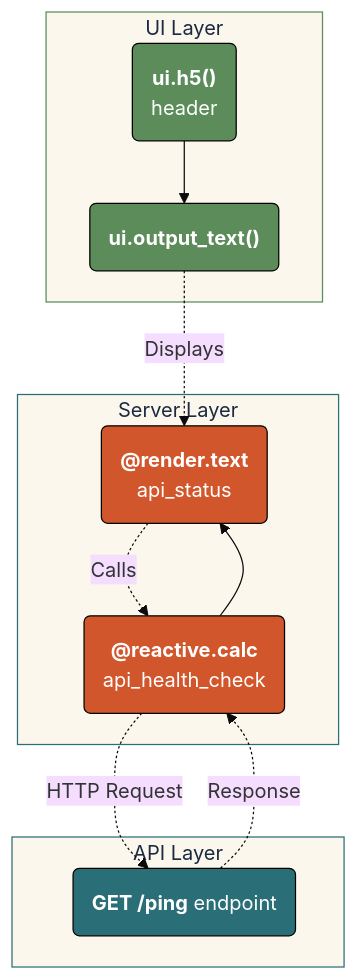
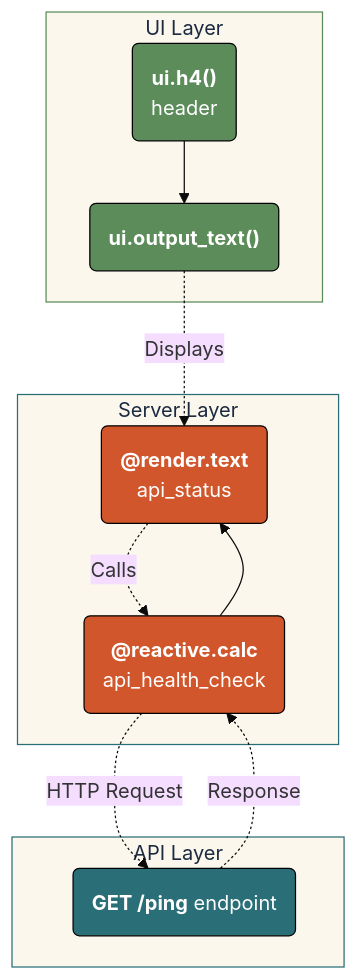
One commit to mjfrigaard/do4ds-labs changed the ninth of 15 diagrams in app-log-py.qmd. Above: the diagram before and after it, drawn with Mermaid. The commit also changed other lines of this file and 6 other files, not shown here.

Commit message:
Review lab04, app-log-py, app-log-r: fact fixes, real log output, diagram text, README API path

````diff
--- a/app-log-py.qmd
+++ b/app-log-py.qmd
@@ -1128,34 +1125,34 @@
 ```{mermaid}
 %%| fig-cap: 'API Health Check'
 %%| fig-width: 7.0
 %%| fig-align: 'center'
 %%{init: {'theme': 'base', 'look': 'classic', 'themeVariables': {'fontFamily': 'monospace'}}}%%
 
 graph TB
     subgraph UI["UI Layer"]
-        A("<strong>ui.h5()</strong><br>header") --> B("<strong>ui.output_text()</strong>")
+        A("<strong>ui.h4()</strong><br>header") --> B("<strong>ui.output_text()</strong>")
     end
 
     subgraph SERVER["Server Layer"]
         C("<strong>@reactive.calc</strong><br>api_health_check") --> D("<strong>@render.text</strong><br>api_status")
     end
 
     subgraph API["API Layer"]
         E("<strong>GET /ping</strong> endpoint")
     end
 
     B -.Displays.-> D
     D -.Calls.-> C
     C -.HTTP Request.-> E
     E -.Response.-> C
     
     style A fill:#5B8C5A,stroke:#000000,stroke-width:1px,color:#ffffff
     style B fill:#5B8C5A,stroke:#000000,stroke-width:1px,color:#ffffff
     style C fill:#D2562B,stroke:#000000,stroke-width:1px,color:#ffffff
     style D fill:#D2562B,stroke:#000000,stroke-width:1px,color:#ffffff
     style E fill:#2A6F77,stroke:#000000,stroke-width:1px,color:#ffffff
     style UI fill:#fbf7ec,stroke:#5B8C5A,color:#1B2A41
     style SERVER fill:#fbf7ec,stroke:#2A6F77,color:#1B2A41
     style API fill:#fbf7ec,stroke:#2A6F77,color:#1B2A41
     
 ```
````
